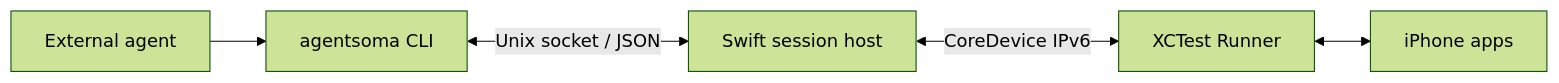
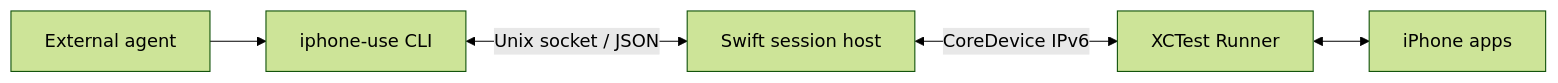
One commit to HughLee824/iphone-use changed the diagram in docs/architecture.md. Above: the diagram before and after it, drawn with Mermaid (forest theme). The commit also changed other lines of this file and 192 other files, not shown here.

````diff
--- a/docs/architecture.md
+++ b/docs/architecture.md
@@ -9,7 +9,7 @@
 ```mermaid
 flowchart LR
-    Agent[External agent] --> CLI[agentsoma CLI]
+    Agent[External agent] --> CLI[iphone-use CLI]
     CLI <-->|Unix socket / JSON| Host[Swift session host]
     Host <-->|CoreDevice IPv6| Runner[XCTest Runner]
     Runner <--> Apps[iPhone apps]
 ```
````
